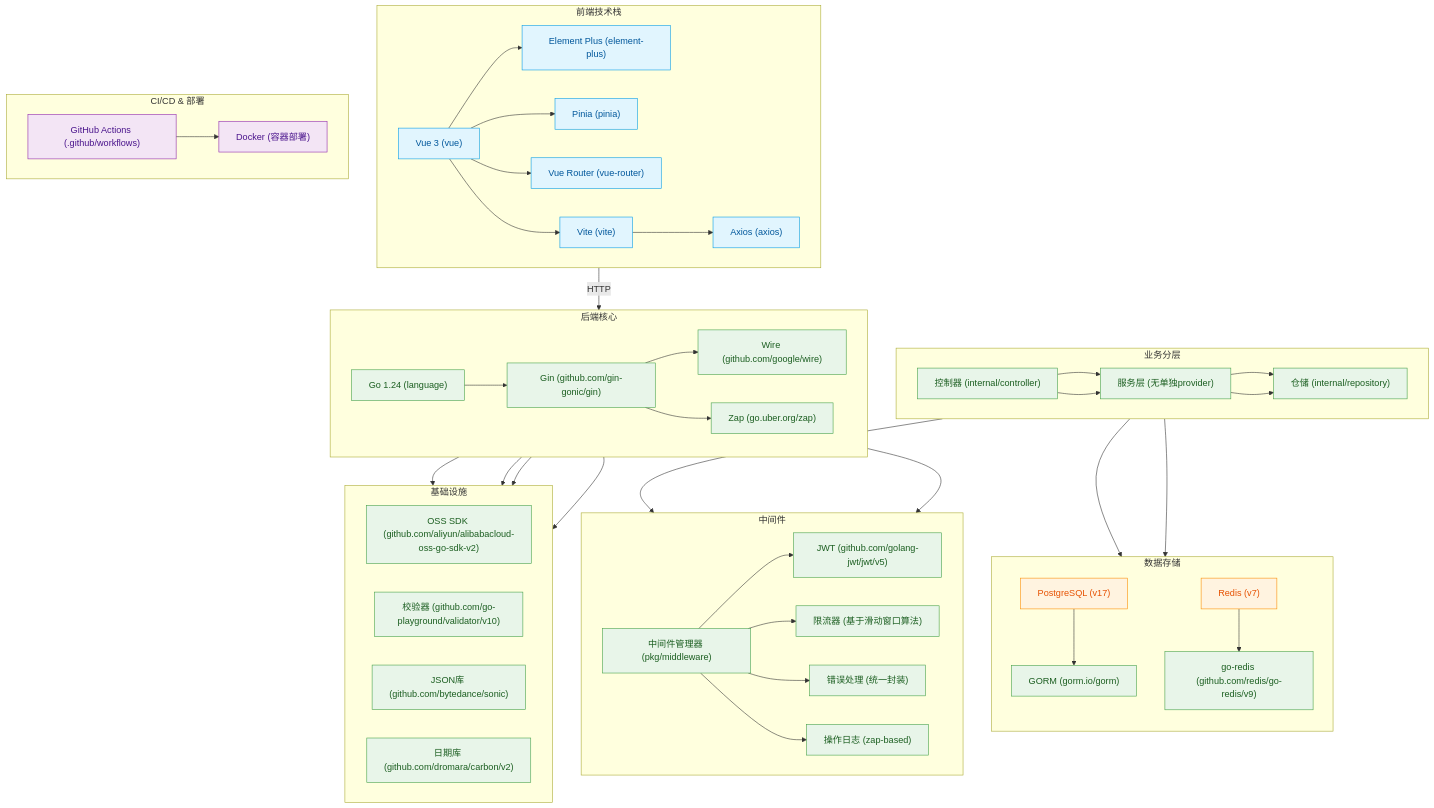
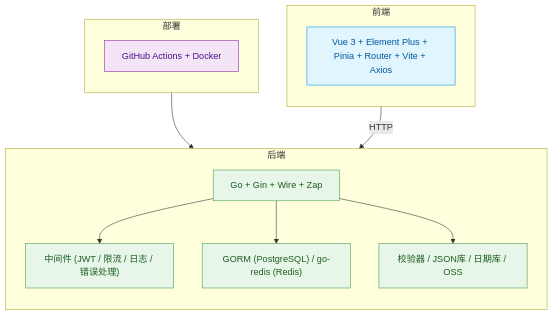
The diagram in README.md (WwhdsOne/Art-Design-Backend), drawn with Mermaid before and after one commit. The commit also changed 33 other files, not shown here.

````diff
--- a/README.md
+++ b/README.md
@@ -46,81 +46,35 @@
     classDef deploy fill:#f3e5f5,stroke:#8e24aa,color:#4a148c;
     classDef db fill:#fff3e0,stroke:#fb8c00,color:#e65100;
 
-    %% 前端
-    subgraph 前端技术栈
-        direction LR
-        Vue3["Vue 3 (vue)"] --> ElementPlus["Element Plus (element-plus)"]
-        Vue3 --> Pinia["Pinia (pinia)"]
-        Vue3 --> VueRouter["Vue Router (vue-router)"]
-        Vue3 --> Vite["Vite (vite)"]
-        Vite --> Axios["Axios (axios)"]
-        class Vue3,Vite,Axios,ElementPlus,VueRouter,Pinia frontend
+    %% 前端模块
+    subgraph 前端
+        direction TB
+        FrontendStack["Vue 3 + Element Plus + Pinia + Router + Vite + Axios"]
+        class FrontendStack frontend
     end
 
-    %% 后端核心
-    subgraph 后端核心
-        direction LR
-        Go["Go 1.24 (language)"] --> Gin["Gin (github.com/gin-gonic/gin)"]
-        Gin --> Wire["Wire (github.com/google/wire)"]
-        Gin --> Zap["Zap (go.uber.org/zap)"]
-        class Go,Gin,Wire,Zap backend
+    %% 后端模块
+    subgraph 后端
+        direction TB
+        BackendCore["Go + Gin + Wire + Zap"]
+        Middleware["中间件 (JWT / 限流 / 日志 / 错误处理)"]
+        Storage["GORM (PostgreSQL) / go-redis (Redis)"]
+        Infra["校验器 / JSON库 / 日期库 / OSS"]
+        class BackendCore,Middleware,Storage,Infra backend
     end
 
-    %% 业务架构
-    subgraph 业务分层
-        direction LR
-        Controllers["控制器 (internal/controller)"] --> Services["服务层 (无单独provider)"]
-        Services --> Repositories["仓储 (internal/repository)"]
-        class Controllers,Services,Repositories backend
-    end
-
-    %% 中间件
-    subgraph 中间件
-        direction LR
-        Middleware["中间件管理器 (pkg/middleware)"] --> Auth["JWT (github.com/golang-jwt/jwt/v5)"]
-        Middleware --> RateLimiter["限流器 (基于滑动窗口算法)"]
-        Middleware --> ErrorHandler["错误处理 (统一封装)"]
-        Middleware --> OpLog["操作日志 (zap-based)"]
-        class Middleware,ErrorHandler,Auth,RateLimiter,OpLog backend
-    end
-
-    %% 存储系统
-    subgraph 数据存储
+    %% CI/CD 模块
+    subgraph 部署
         direction TB
-        PostgreSQL["PostgreSQL (v17)"] --> GORM["GORM (gorm.io/gorm)"]
-        Redis["Redis (v7)"] --> GoRedis["go-redis (github.com/redis/go-redis/v9)"]
-        class PostgreSQL,Redis db
-        class GORM,GoRedis backend
-    end
-
-    %% 基础设施
-    subgraph 基础设施
-        direction LR
-        OSS["OSS SDK (github.com/aliyun/alibabacloud-oss-go-sdk-v2)"]
-        Validator["校验器 (github.com/go-playground/validator/v10)"]
-        Sonic["JSON库 (github.com/bytedance/sonic)"]
-        Carbon["日期库 (github.com/dromara/carbon/v2)"]
-        class OSS,Validator,Sonic,Carbon backend
-    end
-
-    %% DevOps
-    subgraph CI/CD & 部署
-        direction LR
-        CI["GitHub Actions (.github/workflows)"] --> Docker["Docker (容器部署)"]
-        class CI,Docker deploy
+        CICD["GitHub Actions + Docker"]
+        class CICD deploy
     end
 
     %% 连接关系
-    Vue3 -->|HTTP| Gin
-    Gin --> Middleware
-    Controllers --> Middleware
-    Controllers --> Services
-    Services --> Repositories
-    Repositories --> GORM
-    Repositories --> GoRedis
-    Gin --> Validator
-    Gin --> OSS
-    Gin --> Sonic
-    Gin --> Carbon
+    FrontendStack -->|HTTP| BackendCore
+    BackendCore --> Middleware
+    BackendCore --> Storage
+    BackendCore --> Infra
+    CICD --> BackendCore
 
 ```
````
